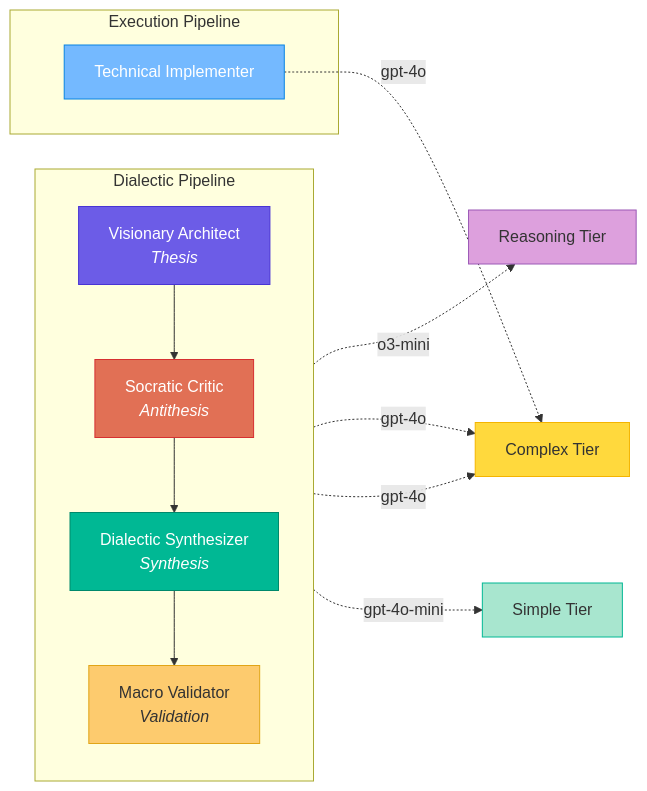
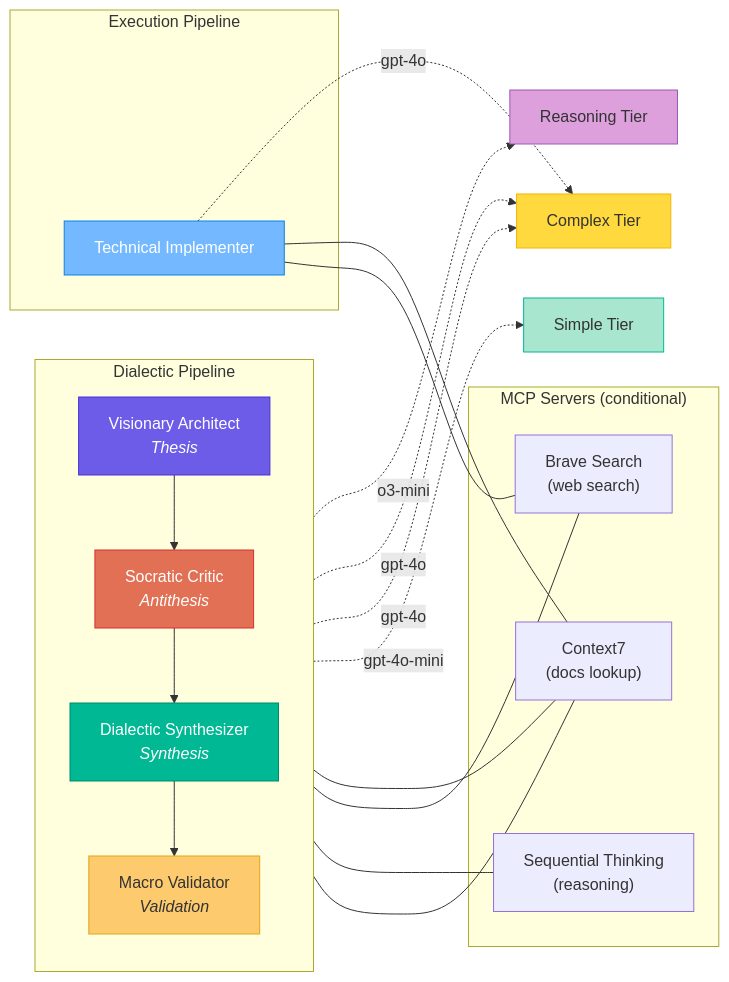
One commit to darthlinuxer/dialectic-crew-ai changed the first of 2 diagrams in docs/agents.md. Above: the diagram before and after it, drawn with Mermaid. The commit also changed other lines of this file and 7 other files, not shown here.

````diff
--- a/docs/agents.md
+++ b/docs/agents.md
@@ -9,30 +9,43 @@
 ```mermaid
 graph LR
     subgraph Dialectic["Dialectic Pipeline"]
         direction TB
         V["Visionary Architect<br/><i>Thesis</i>"]
         C["Socratic Critic<br/><i>Antithesis</i>"]
         S["Dialectic Synthesizer<br/><i>Synthesis</i>"]
         Val["Macro Validator<br/><i>Validation</i>"]
         V --> C --> S --> Val
     end
 
     subgraph Execution["Execution Pipeline"]
         I["Technical Implementer"]
     end
 
+    subgraph MCP_Servers["MCP Servers (conditional)"]
+        CTX7["Context7<br/>(docs lookup)"]
+        BRAVE["Brave Search<br/>(web search)"]
+        SEQ["Sequential Thinking<br/>(reasoning)"]
+    end
+
     V -.->|"o3-mini"| LLM_R["Reasoning Tier"]
     C -.->|"gpt-4o"| LLM_C["Complex Tier"]
     S -.->|"gpt-4o"| LLM_C
     I -.->|"gpt-4o"| LLM_C
     Val -.->|"gpt-4o-mini"| LLM_S["Simple Tier"]
+
+    V --- CTX7
+    V --- BRAVE
+    C --- SEQ
+    S --- CTX7
+    I --- CTX7
+    I --- BRAVE
 
     style V fill:#6C5CE7,stroke:#4834D4,color:#fff
     style C fill:#E17055,stroke:#D63031,color:#fff
     style S fill:#00B894,stroke:#00896B,color:#fff
     style Val fill:#FDCB6E,stroke:#E1A517,color:#333
     style I fill:#74B9FF,stroke:#0984E3,color:#fff
     style LLM_R fill:#DDA0DD,stroke:#9B59B6,color:#333
     style LLM_C fill:#FFD93D,stroke:#F4B400,color:#333
     style LLM_S fill:#A8E6CF,stroke:#00B894,color:#333
 ```
````
